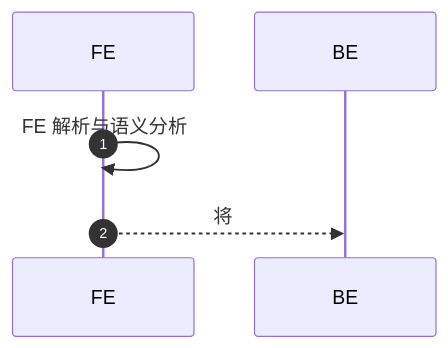
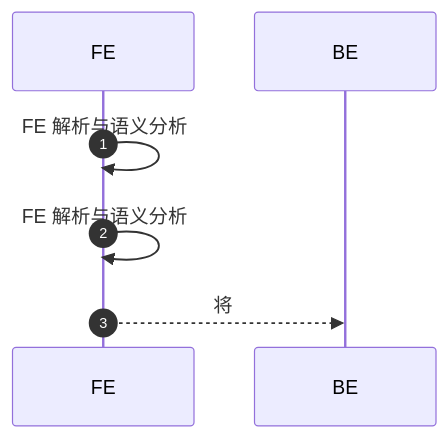
One commit to HY-10-8/iodraw-files changed the diagram in all/Doris-写入数据.md. Above: the diagram before and after it, drawn with Mermaid.

Commit message:
2026-04-22 17:12:45 update

````diff
--- a/all/Doris-写入数据.md
+++ b/all/Doris-写入数据.md
@@ -1,10 +1,11 @@
 ```mermaid
 sequenceDiagram
     autonumber
 
     participant FE
     participant BE
 
     FE->>FE: FE 解析与语义分析
+    FE->>FE: FE 解析与语义分析
     FE-->>BE: 将
 ```
````
